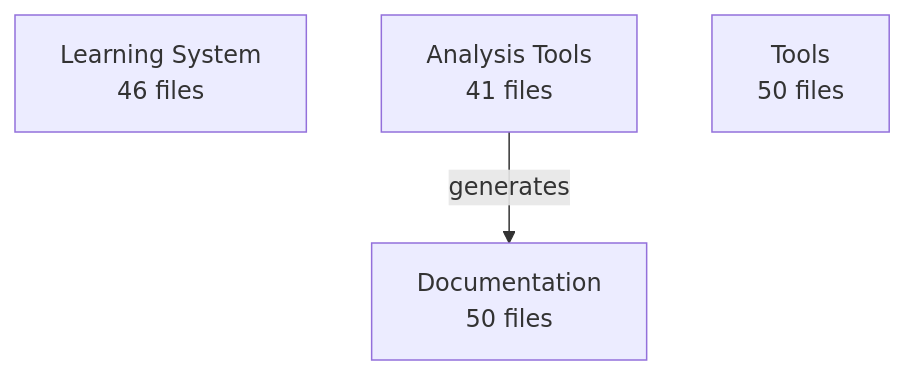
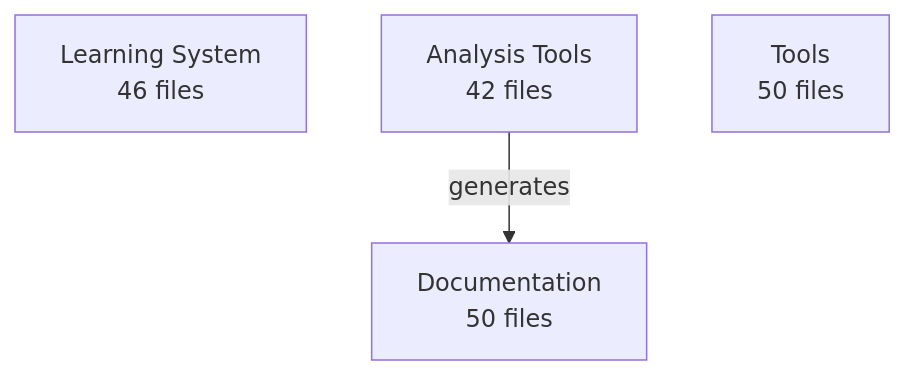
Before and after one commit to enufacas/Chained: the diagram in analysis/architecture/architecture.mmd, drawn with Mermaid. The commit also changed 6 other files, not shown here.

First line of the commit message:
🏗️ Update architecture evolution tracking

```diff
--- a/analysis/architecture/architecture.mmd
+++ b/analysis/architecture/architecture.mmd
@@ -1,6 +1,6 @@
 graph TD
     learning_system[Learning System<br/>46 files]
-    analysis_tools[Analysis Tools<br/>41 files]
+    analysis_tools[Analysis Tools<br/>42 files]
     documentation[Documentation<br/>50 files]
     tools[Tools<br/>50 files]
     analysis_tools -->|generates| documentation
```
